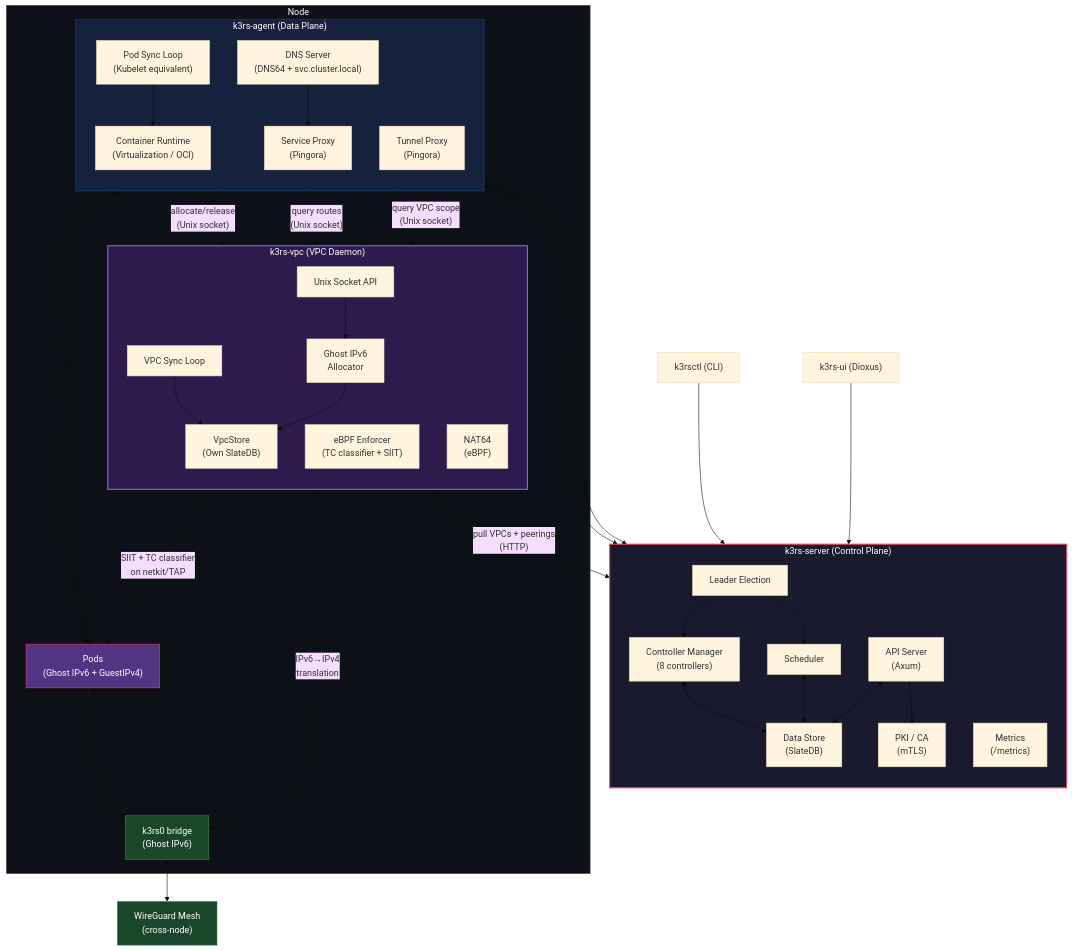
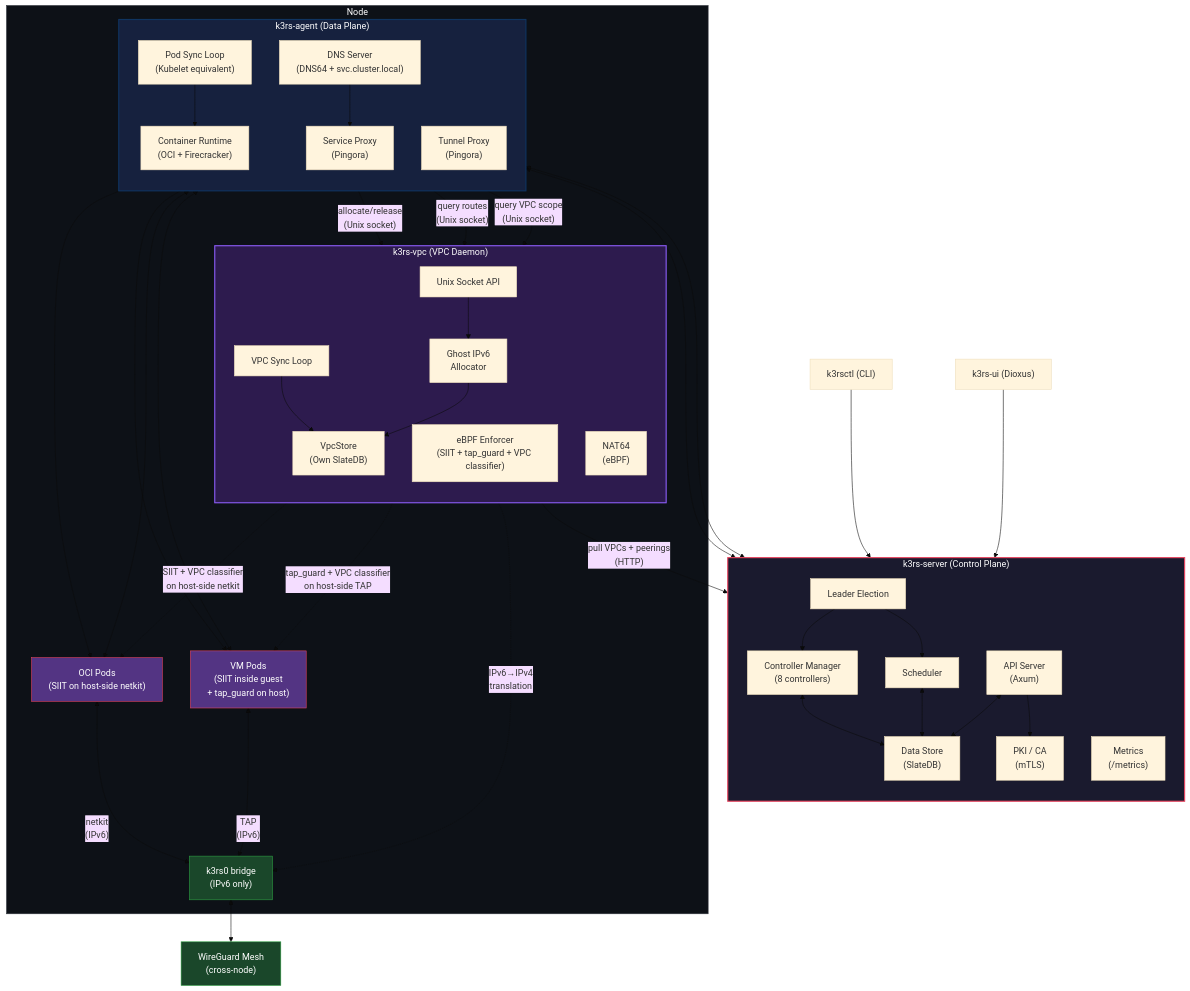
One commit to AssetsArt/k3rs changed the diagram in spec.md. Above: the diagram before and after it, drawn with Mermaid (base theme). The commit also changed other lines of this file, not shown here.

Commit message:
feat: differentiate eBPF and SIIT enforcement between OCI containers and Firecracker VMs, updating diagrams, descriptions, and RPC API.

````diff
--- a/spec.md
+++ b/spec.md
@@ -42,7 +42,7 @@
             direction TB
             VPC_SYNC["VPC Sync Loop"]
             GHOST["Ghost IPv6<br/>Allocator"]
-            EBPF["eBPF Enforcer<br/>(TC classifier + SIIT)"]
+            EBPF["eBPF Enforcer<br/>(SIIT + tap_guard + VPC classifier)"]
             NAT64["NAT64<br/>(eBPF)"]
             VPC_STORE["VpcStore<br/>(Own SlateDB)"]
             VPC_SOCK["Unix Socket API"]
@@ -55,21 +55,26 @@
         subgraph agent["k3rs-agent (Data Plane)"]
             direction TB
             KUBELET["Pod Sync Loop<br/>(Kubelet equivalent)"]
-            RUNTIME["Container Runtime<br/>(Virtualization / OCI)"]
+            RUNTIME["Container Runtime<br/>(OCI + Firecracker)"]
             SPROXY["Service Proxy<br/>(Pingora)"]
             TUNNEL["Tunnel Proxy<br/>(Pingora)"]
             DNS["DNS Server<br/>(DNS64 + svc.cluster.local)"]
         end
 
-        BRIDGE["k3rs0 bridge<br/>(Ghost IPv6)"]
-        PODS["Pods<br/>(Ghost IPv6 + GuestIPv4)"]
+        BRIDGE["k3rs0 bridge<br/>(IPv6 only)"]
+        OCI_PODS["OCI Pods<br/>(SIIT on host-side netkit)"]
+        VM_PODS["VM Pods<br/>(SIIT inside guest<br/>+ tap_guard on host)"]
 
         KUBELET --> RUNTIME
-        RUNTIME --> PODS
-        SPROXY <--> PODS
+        RUNTIME --> OCI_PODS
+        RUNTIME --> VM_PODS
+        SPROXY <--> OCI_PODS
+        SPROXY <--> VM_PODS
         DNS --> SPROXY
-        PODS <--> BRIDGE
-        EBPF -.->|"SIIT + TC classifier<br/>on netkit/TAP"| PODS
+        OCI_PODS <-->|"netkit<br/>(IPv6)"| BRIDGE
+        VM_PODS <-->|"TAP<br/>(IPv6)"| BRIDGE
+        EBPF -.->|"SIIT + VPC classifier<br/>on host-side netkit"| OCI_PODS
+        EBPF -.->|"tap_guard + VPC classifier<br/>on host-side TAP"| VM_PODS
         NAT64 -.->|"IPv6→IPv4<br/>translation"| BRIDGE
 
         KUBELET -- "allocate/release<br/>(Unix socket)" --> VPC_SOCK
@@ -90,7 +95,8 @@
     style agent fill:#16213e,stroke:#0f3460,stroke-width:2px,color:#fff
     style vpc_daemon fill:#2d1b4e,stroke:#8b5cf6,stroke-width:2px,color:#fff
     style node fill:#0d1117,stroke:#30363d,stroke-width:1px,color:#fff
-    style PODS fill:#533483,stroke:#e94560,color:#fff
+    style OCI_PODS fill:#533483,stroke:#e94560,color:#fff
+    style VM_PODS fill:#533483,stroke:#e94560,color:#fff
     style BRIDGE fill:#1a472a,stroke:#2ea043,color:#fff
     style WG fill:#1a472a,stroke:#2ea043,color:#fff
 ```
````
